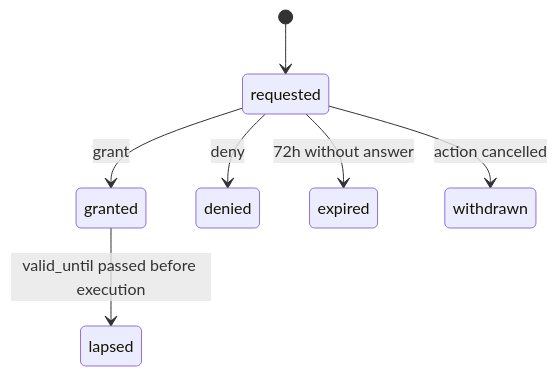
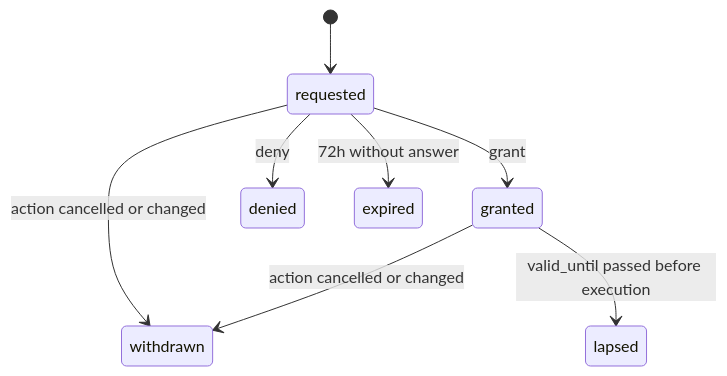
Before and after one commit to eranganot/Vector: the fifth of 6 diagrams in docs/specs/domain-model.md, drawn with Mermaid. The commit also changed other lines of this file and 36 other files, not shown here.

````diff
--- a/docs/specs/domain-model.md
+++ b/docs/specs/domain-model.md
@@ -163,9 +199,10 @@
 ```mermaid
 stateDiagram-v2
   [*] --> requested
   requested --> granted: grant
   requested --> denied: deny
   requested --> expired: 72h without answer
-  requested --> withdrawn: action cancelled
+  requested --> withdrawn: action cancelled or changed
+  granted --> withdrawn: action cancelled or changed
   granted --> lapsed: valid_until passed before execution
 ```
````
